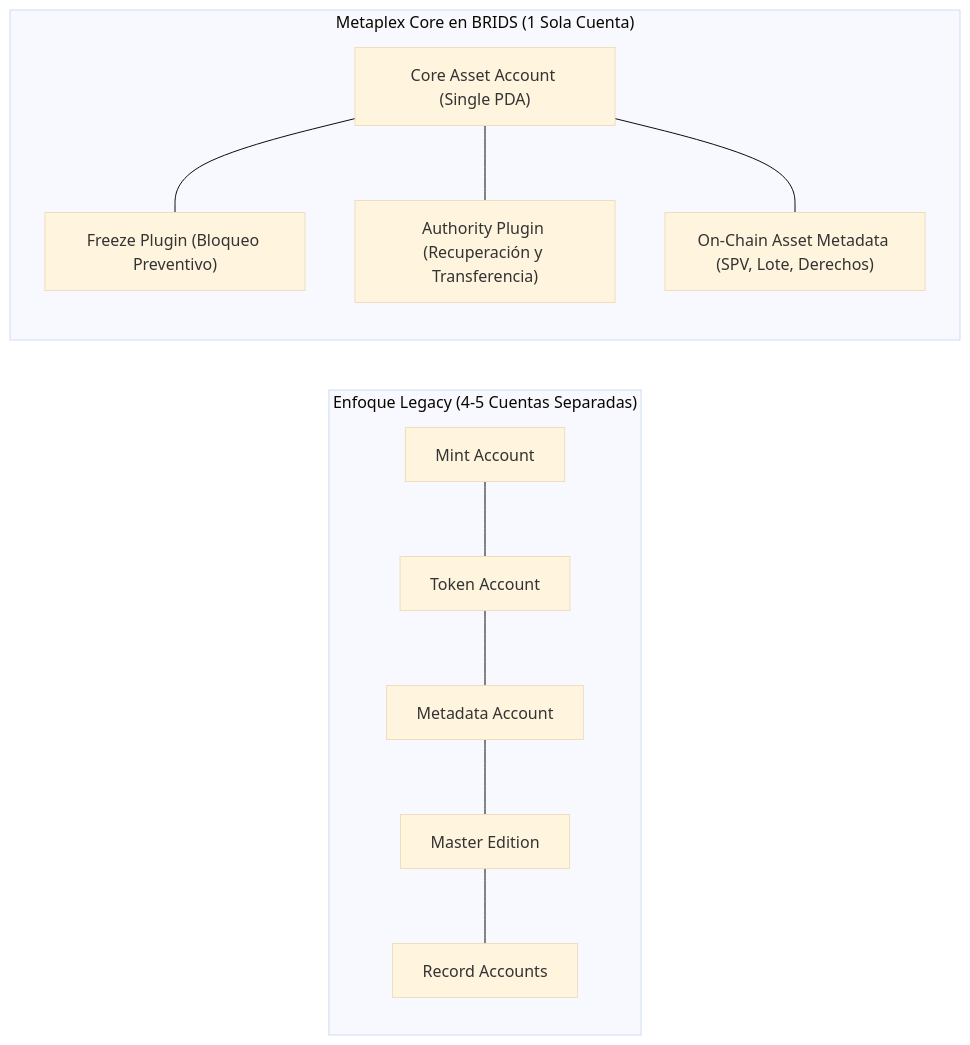
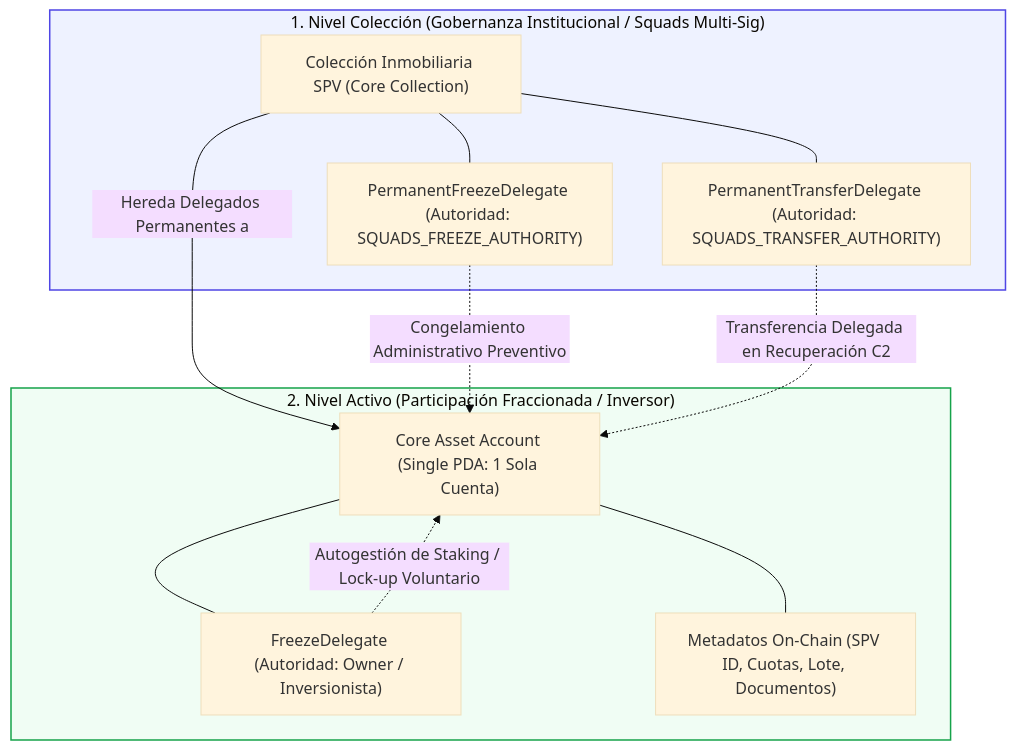
One commit to jeisonsosablockdev/BRIDS-KNOWLEDGE-FORT changed the diagram in BRIDS-Brain/01 Negocio/01 Estrategia & Modelo/Business Concepts/concept-solana-rwa-infrastructure.md. Above: the diagram before and after it, drawn with Mermaid (base theme). The commit also changed other lines of this file and 1 other file, not shown here.

First line of the commit message:
feat(tech): document Metaplex Core delegate architecture in C3

````diff
--- a/BRIDS-Brain/01 Negocio/01 Estrategia & Modelo/Business Concepts/concept-solana-rwa-infrastructure.md
+++ b/BRIDS-Brain/01 Negocio/01 Estrategia & Modelo/Business Concepts/concept-solana-rwa-infrastructure.md
@@ -85,16 +91,26 @@
 ```mermaid
-graph LR
-    subgraph Legacy_Approach["Enfoque Legacy (4-5 Cuentas Separadas)"]
-        Mint["Mint Account"] --- Token["Token Account"]
-        Token --- Meta["Metadata Account"]
-        Meta --- Master["Master Edition"]
-        Master --- Rec["Record Accounts"]
+graph TD
+    subgraph Collection_Level["1. Nivel Colección (Gobernanza Institucional / Squads Multi-Sig)"]
+        Col["Colección Inmobiliaria SPV (Core Collection)"]
+        PFD["PermanentFreezeDelegate (Autoridad: SQUADS_FREEZE_AUTHORITY)"]
+        PTD["PermanentTransferDelegate (Autoridad: SQUADS_TRANSFER_AUTHORITY)"]
+        Col --- PFD
+        Col --- PTD
     end
 
-    subgraph Metaplex_Core["Metaplex Core en BRIDS (1 Sola Cuenta)"]
-        Asset["Core Asset Account (Single PDA)"]
-        Asset --- Plugin1["Freeze Plugin (Bloqueo Preventivo)"]
-        Asset --- Plugin2["Authority Plugin (Recuperación y Transferencia)"]
-        Asset --- Data["On-Chain Asset Metadata (SPV, Lote, Derechos)"]
+    subgraph Asset_Level["2. Nivel Activo (Participación Fraccionada / Inversor)"]
+        Asset["Core Asset Account (Single PDA: 1 Sola Cuenta)"]
+        FD["FreezeDelegate (Autoridad: Owner / Inversionista)"]
+        Meta["Metadatos On-Chain (SPV ID, Cuotas, Lote, Documentos)"]
+        Asset --- FD
+        Asset --- Meta
     end
+
+    Col -->|Hereda Delegados Permanentes a| Asset
+    PFD -.->|Congelamiento Administrativo Preventivo| Asset
+    PTD -.->|Transferencia Delegada en Recuperación C2| Asset
+    FD -.->|Autogestión de Staking / Lock-up Voluntario| Asset
+
+    style Collection_Level fill:#eef2ff,stroke:#4f46e5,stroke-width:1.5px
+    style Asset_Level fill:#f0fdf4,stroke:#16a34a,stroke-width:1.5px
 ```
````
